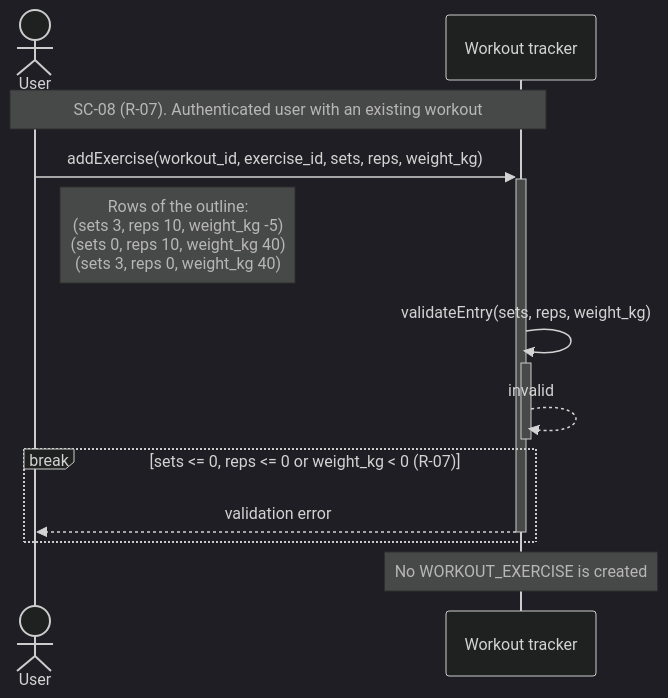
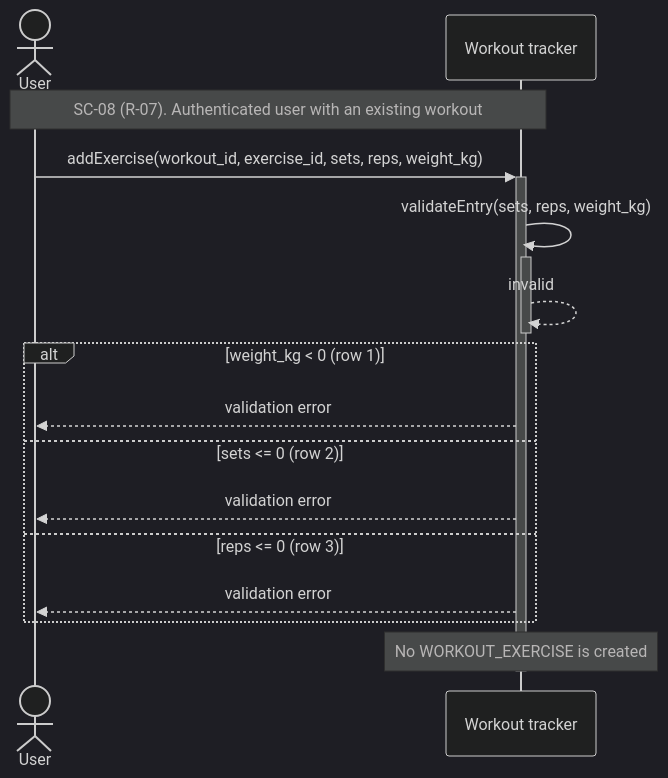
One commit to setlors/kpi-2 changed the diagram in task-3/sequence-diagram-sc-08.mmd. Above: the diagram before and after it, drawn with Mermaid (dark theme). The commit also changed 5 other files, not shown here.

Commit message:
update task 3 diagrams

```diff
--- a/task-3/sequence-diagram-sc-08.mmd
+++ b/task-3/sequence-diagram-sc-08.mmd
@@ -1,13 +1,17 @@
 sequenceDiagram
     actor U as User
     participant T as Workout tracker
 
     Note over U,T: SC-08 (R-07). Authenticated user with an existing workout
     U->>+T: addExercise(workout_id, exercise_id, sets, reps, weight_kg)
-    Note right of U: Rows of the outline:<br/>(sets 3, reps 10, weight_kg -5)<br/>(sets 0, reps 10, weight_kg 40)<br/>(sets 3, reps 0, weight_kg 40)
     T->>+T: validateEntry(sets, reps, weight_kg)
     T-->>-T: invalid
-    break sets <= 0, reps <= 0 or weight_kg < 0 (R-07)
-        T-->>-U: validation error
+    alt weight_kg < 0 (row 1)
+        T-->>U: validation error
+    else sets <= 0 (row 2)
+        T-->>U: validation error
+    else reps <= 0 (row 3)
+        T-->>U: validation error
     end
     Note over T: No WORKOUT_EXERCISE is created
+    deactivate T
```
